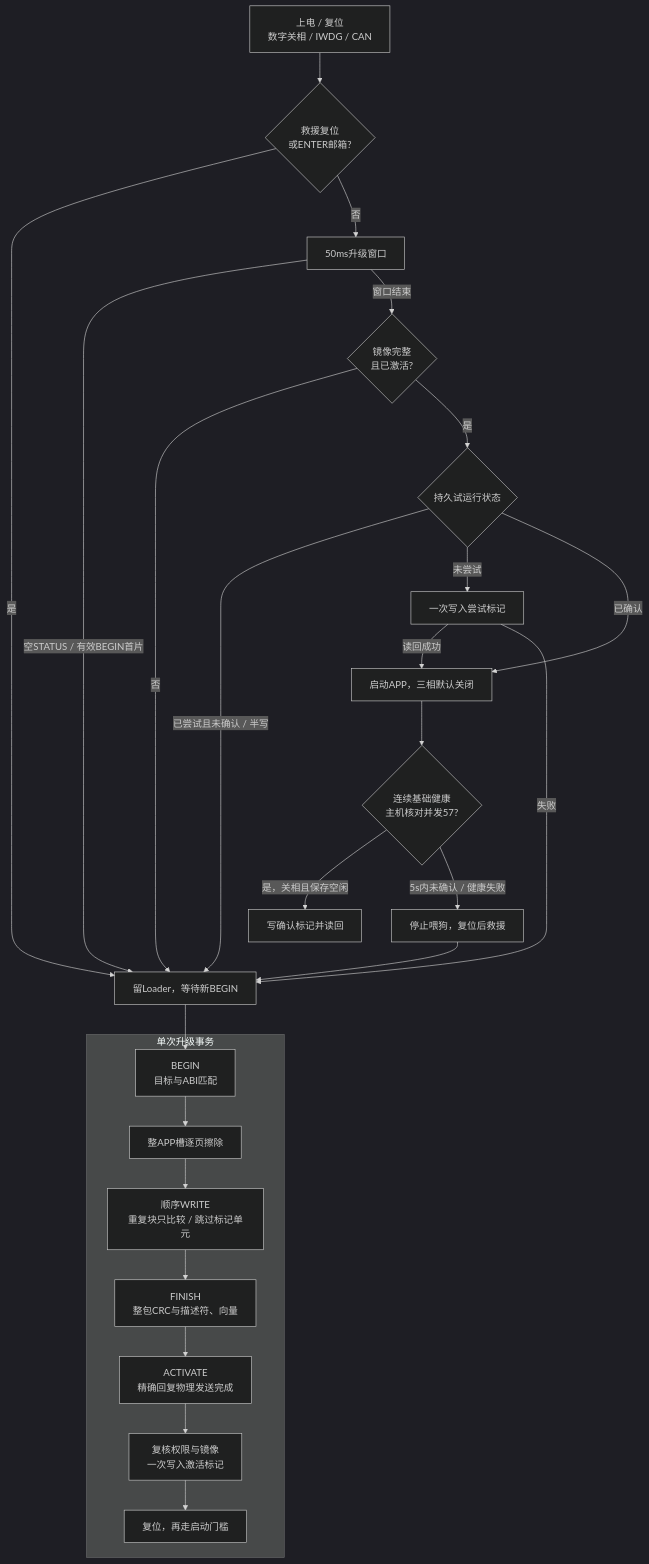
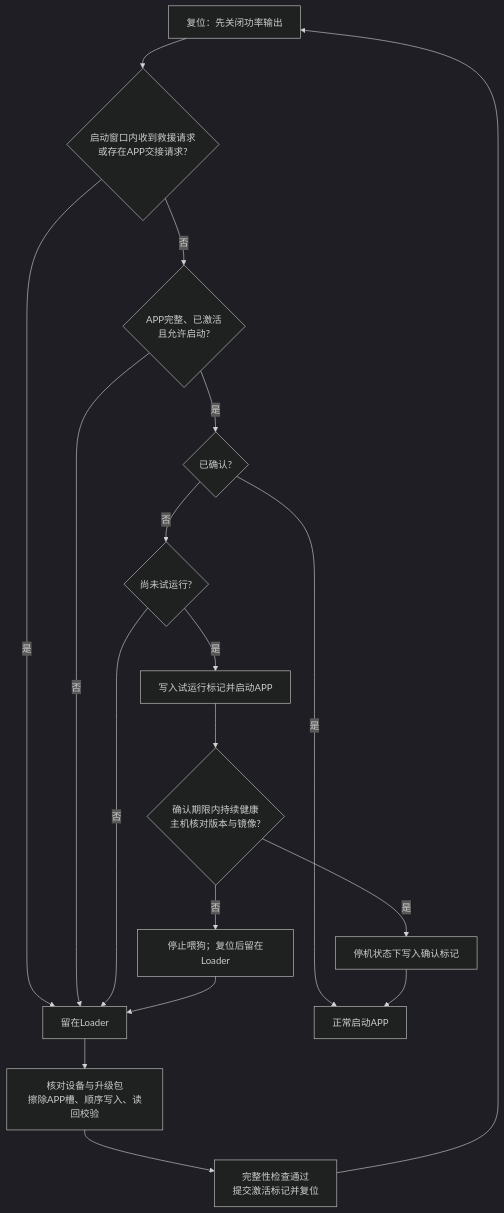
One commit to haoyang877/Vector_Mini_ST_Firmware changed the second of 2 diagrams in docs/architecture/loader/loader_product_v3.md. Above: the diagram before and after it, drawn with Mermaid (dark theme). The commit also changed other lines of this file and 102 other files, not shown here.

Commit message:
refactor: freeze integrated APP core architecture candidate

````diff
--- a/docs/architecture/loader/loader_product_v3.md
+++ b/docs/architecture/loader/loader_product_v3.md
@@ -32,29 +48,20 @@
 ```mermaid
 flowchart TB
-    S[上电 / 复位<br/>数字关相 / IWDG / CAN] --> R{救援复位<br/>或ENTER邮箱?}
-    R -->|是| L[留Loader，等待新BEGIN]
-    R -->|否| W[50ms升级窗口]
-    W -->|空STATUS / 有效BEGIN首片| L
-    W -->|窗口结束| V{镜像完整<br/>且已激活?}
-    V -->|否| L
-    V -->|是| T{持久试运行状态}
-    T -->|已尝试且未确认 / 半写| L
-    T -->|未尝试| M[一次写入尝试标记]
-    T -->|已确认| A[启动APP，三相默认关闭]
-    M -->|读回成功| A
-    M -->|失败| L
-    A --> H{连续基础健康<br/>主机核对并发57?}
-    H -->|是，关相且保存空闲| C[写确认标记并读回]
-    H -->|5s内未确认 / 健康失败| D[停止喂狗，复位后救援]
-    D --> L
-
-    subgraph Upgrade[单次升级事务]
-        B[BEGIN<br/>目标与ABI匹配] --> E[整APP槽逐页擦除]
-        E --> Q[顺序WRITE<br/>重复块只比较 / 跳过标记单元]
-        Q --> F[FINISH<br/>整包CRC与描述符、向量]
-        F --> K[ACTIVATE<br/>精确回复物理发送完成]
-        K --> G[复核权限与镜像<br/>一次写入激活标记]
-        G --> X[复位，再走启动门槛]
-    end
-    L --> B
+    Reset[复位：先关闭功率输出] --> Rescue{启动窗口内收到救援请求<br/>或存在APP交接请求?}
+    Rescue -->|是| Loader[留在Loader]
+    Rescue -->|否| Check{APP完整、已激活<br/>且允许启动?}
+    Check -->|否| Loader
+    Check -->|是| State{已确认?}
+    State -->|是| App[正常启动APP]
+    State -->|否| Fresh{尚未试运行?}
+    Fresh -->|否| Loader
+    Fresh -->|是| Trial[写入试运行标记并启动APP]
+    Trial --> Healthy{确认期限内持续健康<br/>主机核对版本与镜像?}
+    Healthy -->|是| Confirm[停机状态下写入确认标记]
+    Healthy -->|否| Recover[停止喂狗；复位后留在Loader]
+    Confirm --> App
+    Recover --> Loader
+    Loader --> Download[核对设备与升级包<br/>擦除APP槽、顺序写入、读回校验]
+    Download --> Activate[完整性检查通过<br/>提交激活标记并复位]
+    Activate --> Reset
 ```
````
